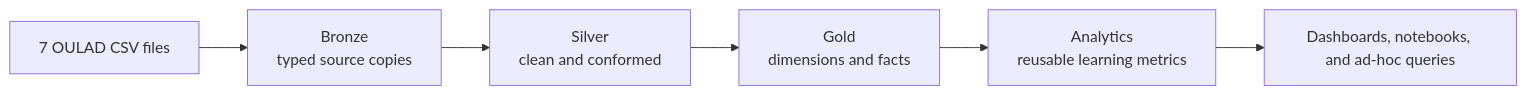
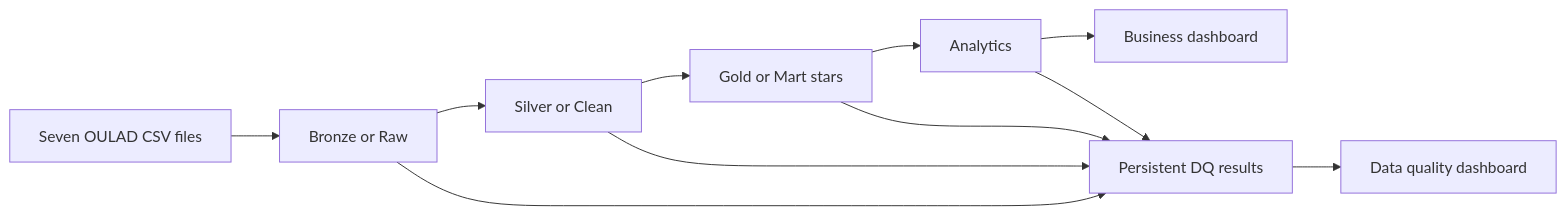
Before and after one commit to killuazai/oulad-dataset: the diagram in README.md, drawn with Mermaid. The commit also changed other lines of this file and 29 other files, not shown here.

````diff
--- a/README.md
+++ b/README.md
@@ -16,8 +15,13 @@
 ```mermaid
 flowchart LR
-    A[7 OULAD CSV files] --> B[Bronze<br/>typed source copies]
-    B --> C[Silver<br/>clean and conformed]
-    C --> D[Gold<br/>dimensions and facts]
-    D --> E[Analytics<br/>reusable learning metrics]
-    E --> F[Dashboards, notebooks, and ad-hoc queries]
+    S[Seven OULAD CSV files] --> B[Bronze or Raw]
+    B --> C[Silver or Clean]
+    C --> G[Gold or Mart stars]
+    G --> A[Analytics]
+    A --> BD[Business dashboard]
+    B --> DQ[Persistent DQ results]
+    C --> DQ
+    G --> DQ
+    A --> DQ
+    DQ --> DD[Data quality dashboard]
 ```
````
